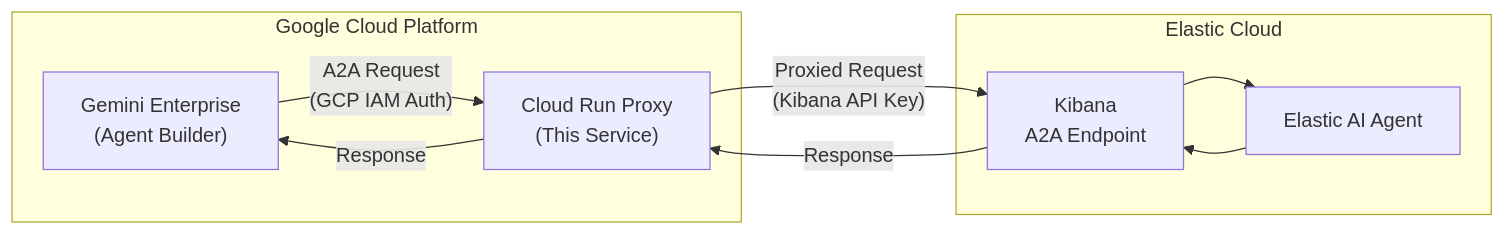
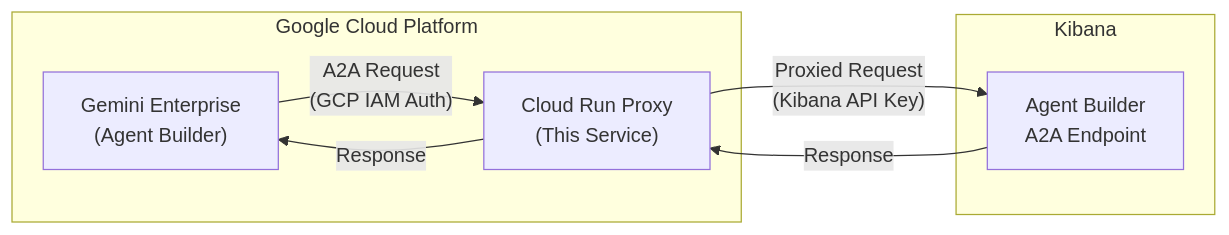
Before and after one commit to elastic/agent-builder-a2a-example: the diagram in README.md, drawn with Mermaid.

Commit message:
docs: simplify architecture diagram

````diff
--- a/README.md
+++ b/README.md
@@ -7,19 +7,16 @@
 ```mermaid
 flowchart LR
     subgraph GCP["Google Cloud Platform"]
         GE["Gemini Enterprise<br/>(Agent Builder)"]
         CR["Cloud Run Proxy<br/>(This Service)"]
     end
 
-    subgraph Elastic["Elastic Cloud"]
-        KB["Kibana<br/>A2A Endpoint"]
-        EA["Elastic AI Agent"]
+    subgraph Kibana["Kibana"]
+        EA["Agent Builder<br/>A2A Endpoint"]
     end
 
     GE -->|"A2A Request<br/>(GCP IAM Auth)"| CR
-    CR -->|"Proxied Request<br/>(Kibana API Key)"| KB
-    KB --> EA
-    EA --> KB
-    KB -->|Response| CR
+    CR -->|"Proxied Request<br/>(Kibana API Key)"| EA
+    EA -->|Response| CR
     CR -->|Response| GE
 ```
````
